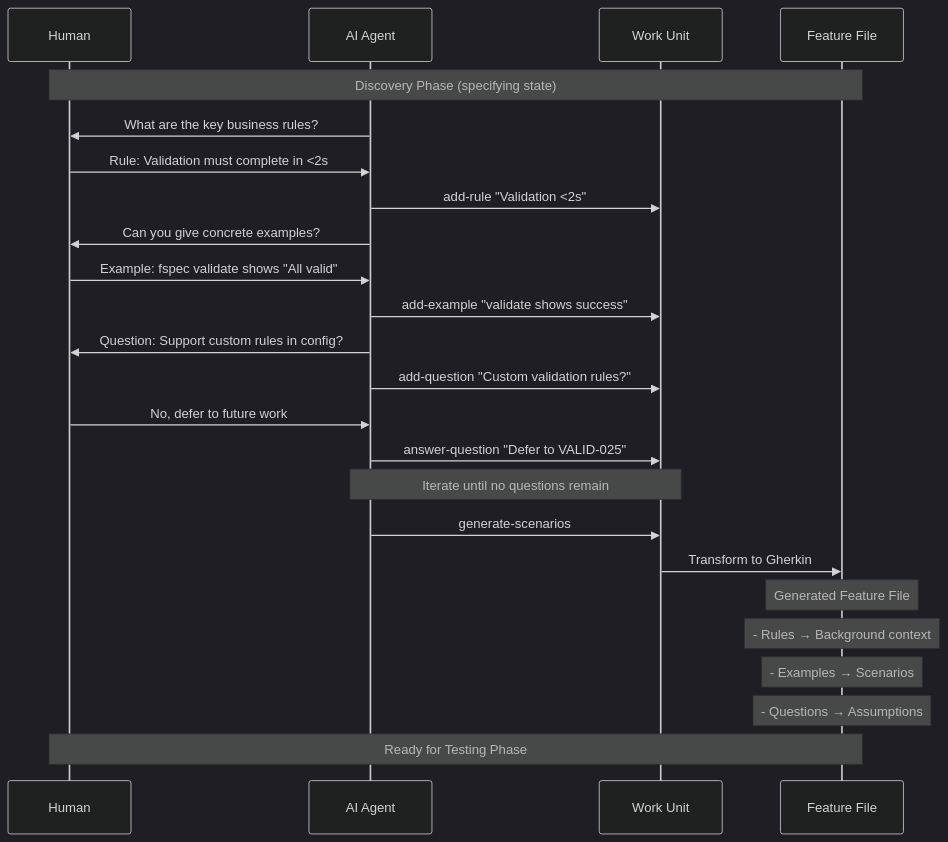
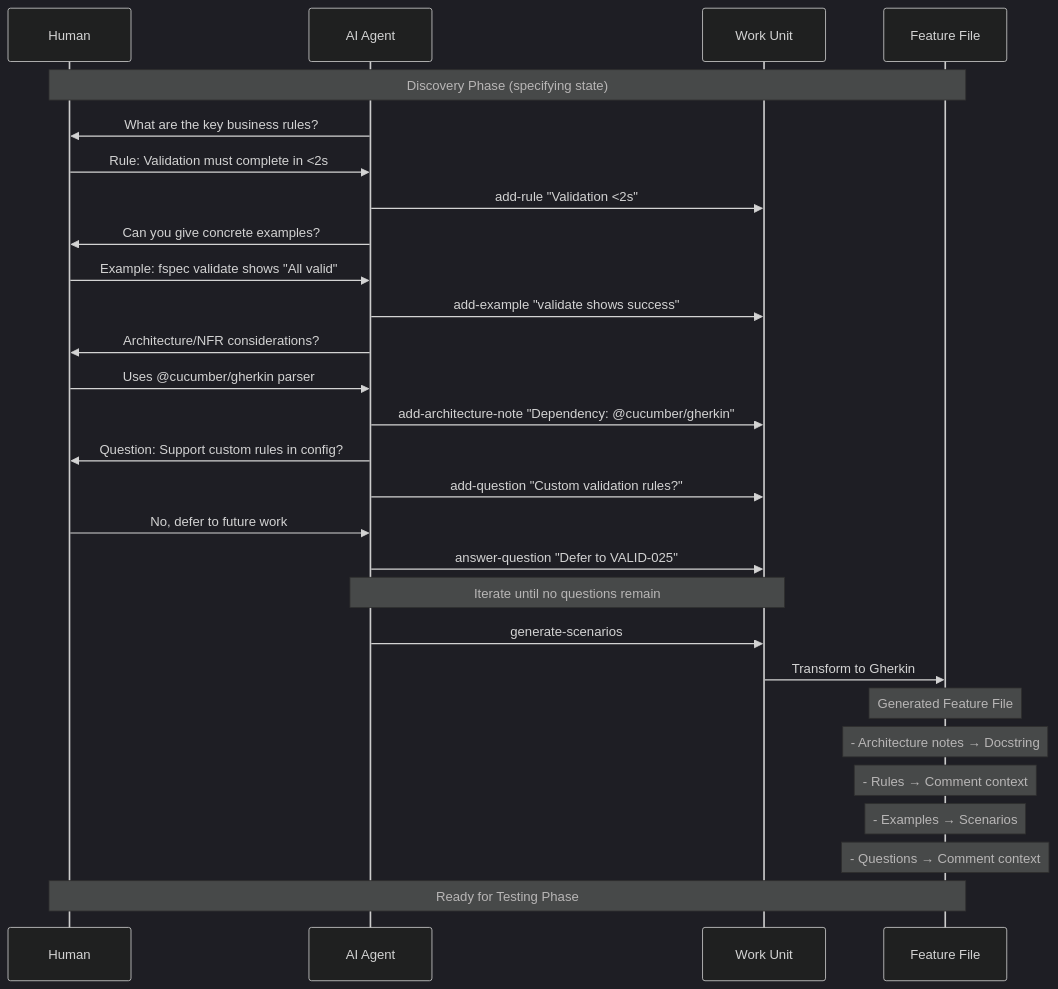
The sixth of 10 diagrams in spec/FOUNDATION.md (sengac/fspec), drawn with Mermaid (dark theme) before and after one commit. The commit also changed 21 other files, not shown here.

Commit message:
feat(example-mapping): add architecture notes capture during discovery with docstring population

````diff
--- a/spec/FOUNDATION.md
+++ b/spec/FOUNDATION.md
@@ -475,34 +475,39 @@
 ```mermaid
 sequenceDiagram
     participant Human
     participant AI as AI Agent
     participant WorkUnit as Work Unit
     participant FeatureFile as Feature File
     
     Note over Human,FeatureFile: Discovery Phase (specifying state)
     
     AI->>Human: What are the key business rules?
     Human->>AI: Rule: Validation must complete in <2s
     AI->>WorkUnit: add-rule "Validation <2s"
     
     AI->>Human: Can you give concrete examples?
     Human->>AI: Example: fspec validate shows "All valid"
     AI->>WorkUnit: add-example "validate shows success"
     
+    AI->>Human: Architecture/NFR considerations?
+    Human->>AI: Uses @cucumber/gherkin parser
+    AI->>WorkUnit: add-architecture-note "Dependency: @cucumber/gherkin"
+    
     AI->>Human: Question: Support custom rules in config?
     AI->>WorkUnit: add-question "Custom validation rules?"
     Human->>AI: No, defer to future work
     AI->>WorkUnit: answer-question "Defer to VALID-025"
     
     Note over AI,WorkUnit: Iterate until no questions remain
     
     AI->>WorkUnit: generate-scenarios
     WorkUnit->>FeatureFile: Transform to Gherkin
     
     Note over FeatureFile: Generated Feature File
-    Note over FeatureFile: - Rules → Background context
+    Note over FeatureFile: - Architecture notes → Docstring
+    Note over FeatureFile: - Rules → Comment context
     Note over FeatureFile: - Examples → Scenarios
-    Note over FeatureFile: - Questions → Assumptions
+    Note over FeatureFile: - Questions → Comment context
     
     Note over Human,FeatureFile: Ready for Testing Phase
 ```
````
